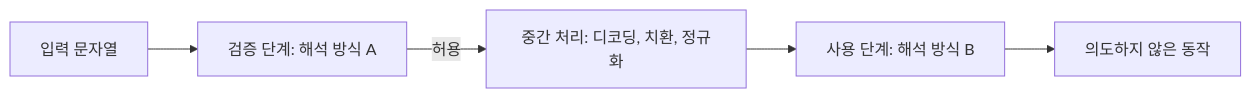
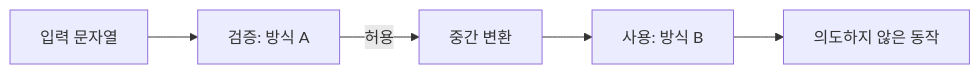
The diagram in _notes/parser-normalization-mismatch.md (logiciris/logiciris.github.io), drawn with Mermaid before and after one commit. The commit also changed other lines of this file and 28 other files, not shown here.

Commit message:
Notes batches 1-2: qa fixes (accuracy, links, mermaid labels)

````diff
--- a/_notes/parser-normalization-mismatch.md
+++ b/_notes/parser-normalization-mismatch.md
@@ -22,7 +22,7 @@
 ```mermaid
 flowchart LR
-    I["입력 문자열"] --> C["검증 단계: 해석 방식 A"]
-    C -->|"허용"| D["중간 처리: 디코딩, 치환, 정규화"]
-    D --> U["사용 단계: 해석 방식 B"]
+    I["입력 문자열"] --> C["검증: 방식 A"]
+    C -->|"허용"| D["중간 변환"]
+    D --> U["사용: 방식 B"]
     U --> R["의도하지 않은 동작"]
 ```
````
